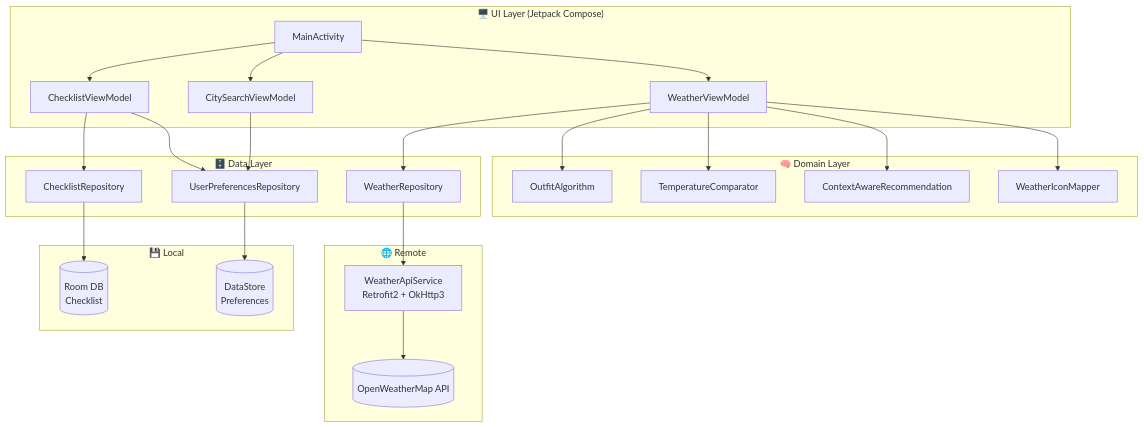
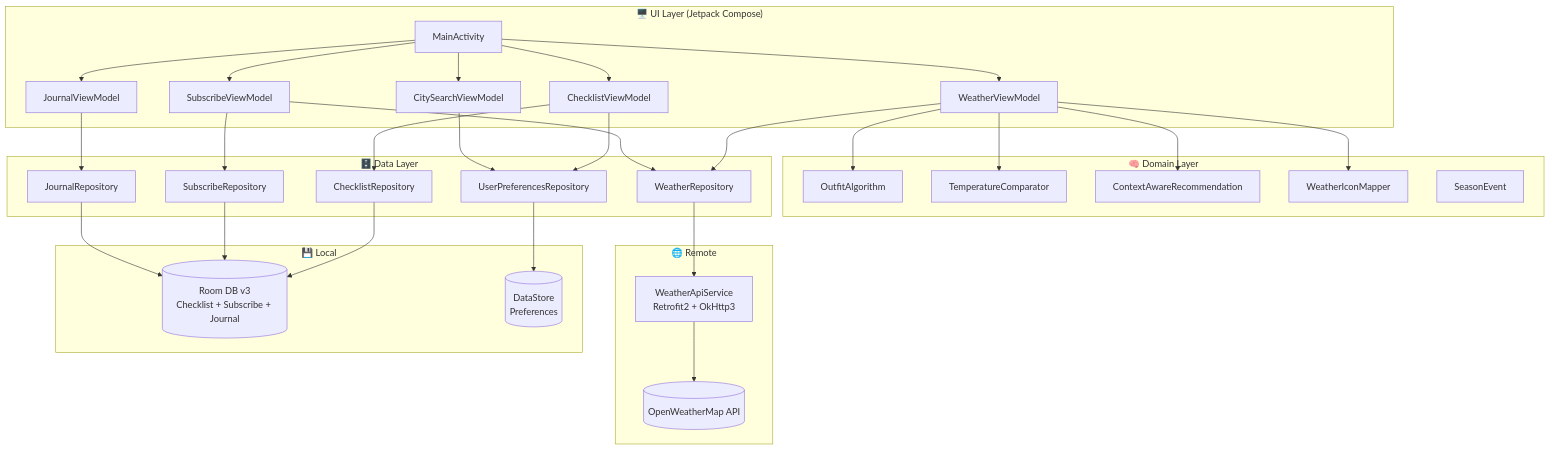
Before and after one commit to 2daKaizen-gun/skywear: the diagram in README.md, drawn with Mermaid. The commit also changed other lines of this file, not shown here.

````diff
--- a/README.md
+++ b/README.md
@@ -57,40 +68,49 @@
 ```mermaid
 graph TD
     subgraph UI["🖥️ UI Layer (Jetpack Compose)"]
         MA[MainActivity]
         WVM[WeatherViewModel]
         CVM[ChecklistViewModel]
         CSVM[CitySearchViewModel]
+        SUBVM[SubscribeViewModel]
+        JVM[JournalViewModel]
     end
- 
+
     subgraph Domain["🧠 Domain Layer"]
         OA[OutfitAlgorithm]
         TC[TemperatureComparator]
         CA[ContextAwareRecommendation]
         WIM[WeatherIconMapper]
+        SE[SeasonEvent]
     end
- 
+
     subgraph Data["🗄️ Data Layer"]
         WR[WeatherRepository]
         CR[ChecklistRepository]
         UPR[UserPreferencesRepository]
+        SR[SubscribeRepository]
+        JR[JournalRepository]
     end
- 
+
     subgraph Remote["🌐 Remote"]
         API[WeatherApiService\nRetrofit2 + OkHttp3]
         OWM[(OpenWeatherMap API)]
     end
- 
+
     subgraph Local["💾 Local"]
-        ROOM[(Room DB\nChecklist)]
+        ROOM[(Room DB v3\nChecklist + Subscribe + Journal)]
         DS[(DataStore\nPreferences)]
     end
- 
-    MA --> WVM & CVM & CSVM
+
+    MA --> WVM & CVM & CSVM & SUBVM & JVM
     WVM --> WR & OA & TC & CA & WIM
+    SUBVM --> SR & WR
+    JVM --> JR
     CVM --> CR & UPR
     CSVM --> UPR
     WR --> API --> OWM
     CR --> ROOM
+    SR --> ROOM
+    JR --> ROOM
     UPR --> DS
 ```
````
